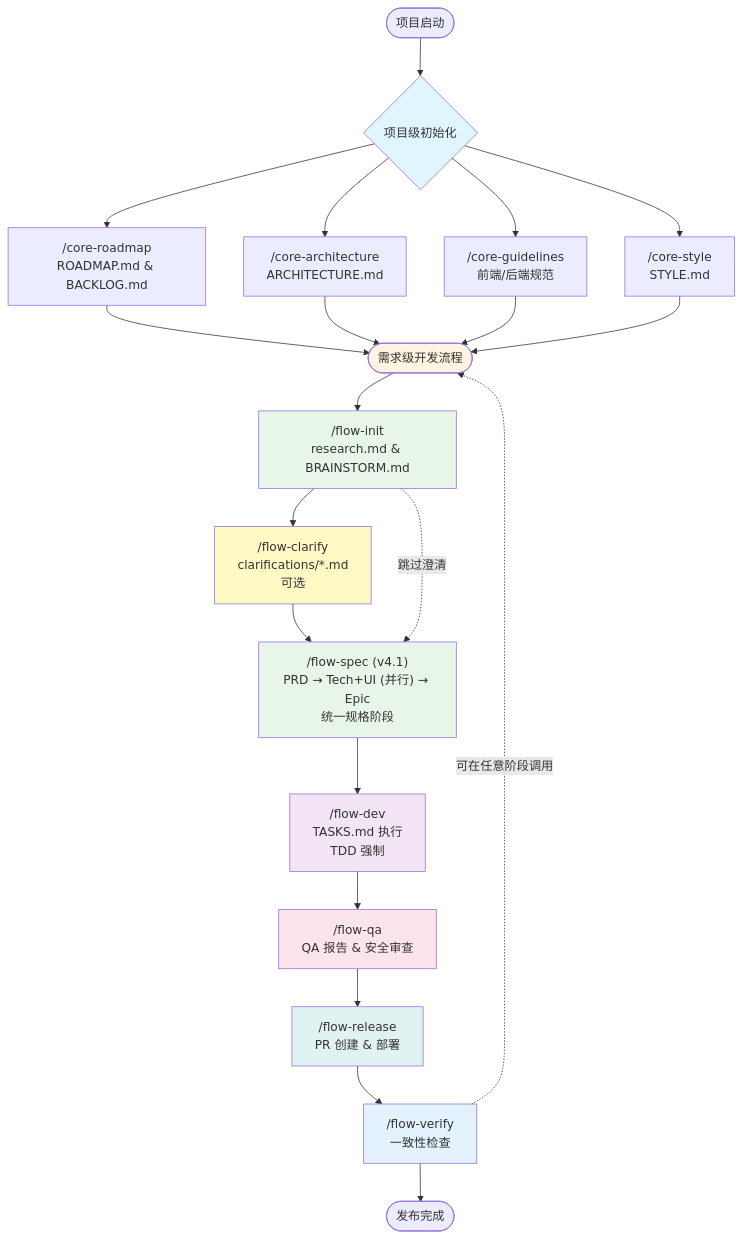
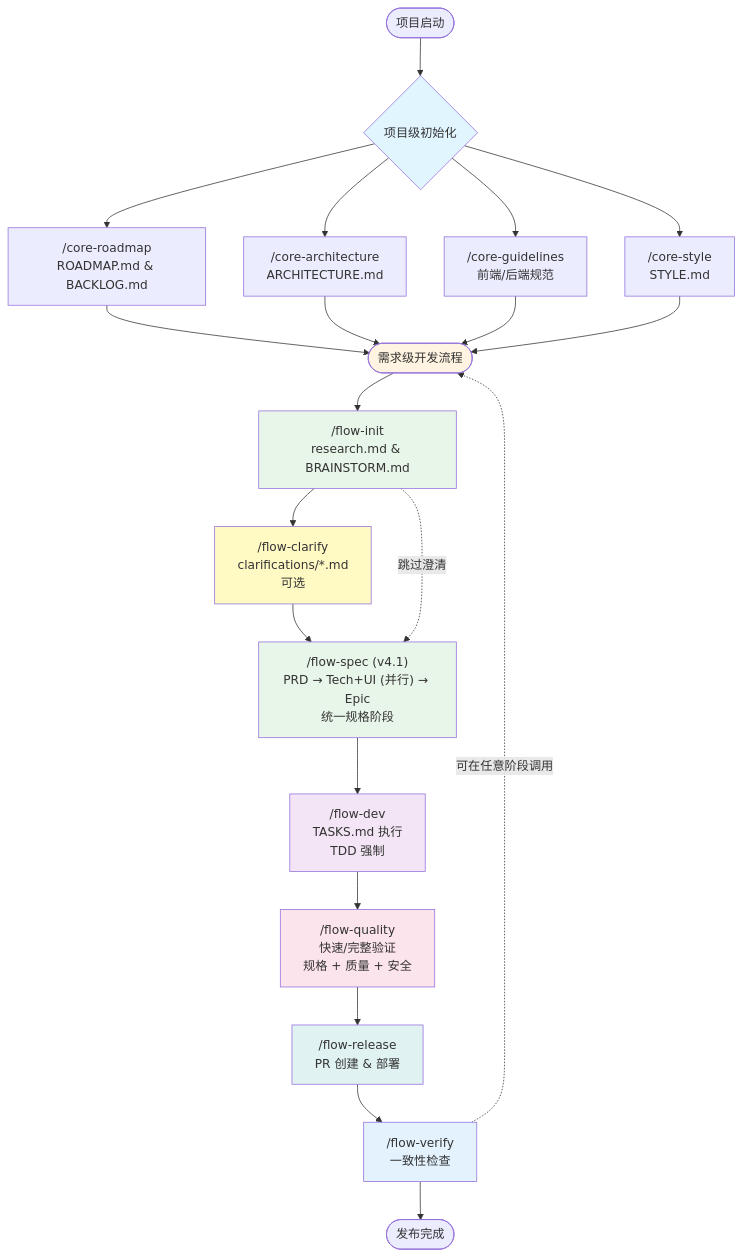
Before and after one commit to Dimon94/cc-devflow: the diagram in README.zh-CN.md, drawn with Mermaid. The commit also changed other lines of this file and 3 other files, not shown here.

First line of the commit message:
docs(flow): align flow-new docs with v4.1 workflow

````diff
--- a/README.zh-CN.md
+++ b/README.zh-CN.md
@@ -296,42 +297,42 @@
 ```mermaid
 graph TB
     Start([项目启动]) --> ProjectLevel{项目级初始化}
 
     ProjectLevel --> CoreRoadmap["/core-roadmap<br/>ROADMAP.md & BACKLOG.md"]
     ProjectLevel --> CoreArch["/core-architecture<br/>ARCHITECTURE.md"]
     ProjectLevel --> CoreGuidelines["/core-guidelines<br/>前端/后端规范"]
     ProjectLevel --> CoreStyle["/core-style<br/>STYLE.md"]
 
     CoreRoadmap --> ReqLevel
     CoreArch --> ReqLevel
     CoreGuidelines --> ReqLevel
     CoreStyle --> ReqLevel
 
     ReqLevel([需求级开发流程]) --> FlowInit["/flow-init<br/>research.md & BRAINSTORM.md"]
 
     FlowInit --> FlowClarify["/flow-clarify<br/>clarifications/*.md<br/>可选"]
     FlowClarify --> FlowSpec["/flow-spec (v4.1)<br/>PRD → Tech+UI (并行) → Epic<br/>统一规格阶段"]
     FlowInit -.->|跳过澄清| FlowSpec
 
     FlowSpec --> FlowDev["/flow-dev<br/>TASKS.md 执行<br/>TDD 强制"]
 
-    FlowDev --> FlowQA["/flow-qa<br/>QA 报告 & 安全审查"]
+    FlowDev --> FlowQuality["/flow-quality<br/>快速/完整验证<br/>规格 + 质量 + 安全"]
 
-    FlowQA --> FlowRelease["/flow-release<br/>PR 创建 & 部署"]
+    FlowQuality --> FlowRelease["/flow-release<br/>PR 创建 & 部署"]
 
     FlowRelease --> FlowVerify["/flow-verify<br/>一致性检查"]
 
     FlowVerify --> End([发布完成])
 
     FlowVerify -.->|可在任意阶段调用| ReqLevel
 
     style ProjectLevel fill:#e1f5ff
     style ReqLevel fill:#fff4e1
     style FlowInit fill:#e8f5e9
     style FlowClarify fill:#fff9c4
     style FlowSpec fill:#e8f5e9
     style FlowDev fill:#f3e5f5
-    style FlowQA fill:#fce4ec
+    style FlowQuality fill:#fce4ec
     style FlowRelease fill:#e0f2f1
     style FlowVerify fill:#e3f2fd
 ```
````
